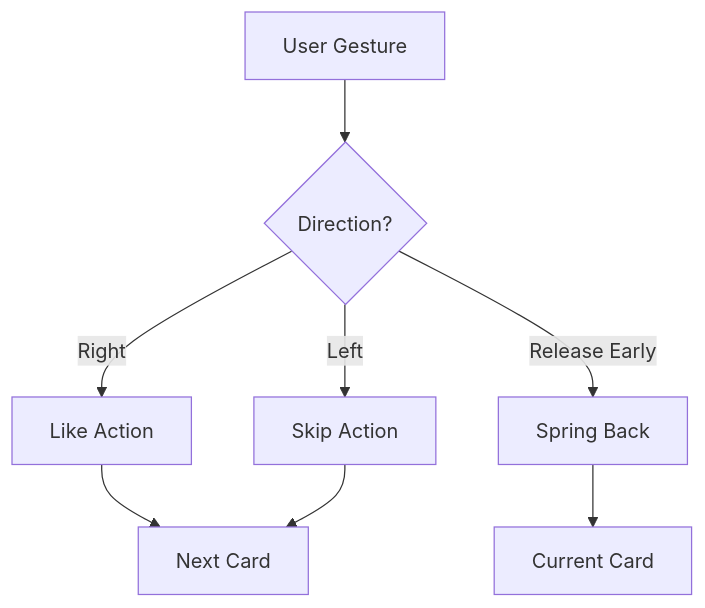
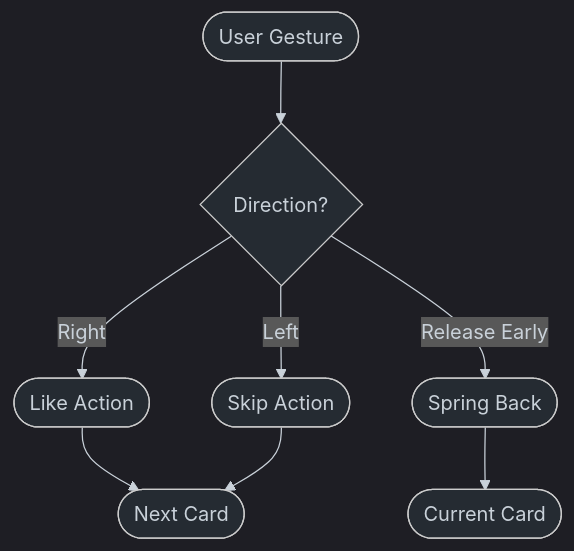
The diagram in docs/patterns/card-swipe.md (jackccrawford/pattern-bridge), drawn with Mermaid before and after one commit. The commit also changed 22 other files, not shown here.

````diff
--- a/docs/patterns/card-swipe.md
+++ b/docs/patterns/card-swipe.md
@@ -7,10 +7,20 @@
 ```mermaid
+%%{init: {
+  'theme': 'dark',
+  'themeVariables': {
+    'darkMode': true,
+    'background': '#252b32',
+    'mainBkg': '#252b32',
+    'textColor': '#c9d1d9',
+    'lineColor': '#c9d1d9'
+  }
+}}%%
 graph TD
-    A[User Gesture] --> B{Direction?}
-    B -->|Right| C[Like Action]
-    B -->|Left| D[Skip Action]
-    B -->|Release Early| E[Spring Back]
-    C --> F[Next Card]
+    A([User Gesture]) --> B{Direction?}
+    B -->|Right| C([Like Action])
+    B -->|Left| D([Skip Action])
+    B -->|Release Early| E([Spring Back])
+    C --> F([Next Card])
     D --> F
-    E --> G[Current Card]
+    E --> G([Current Card])
 ```
````
